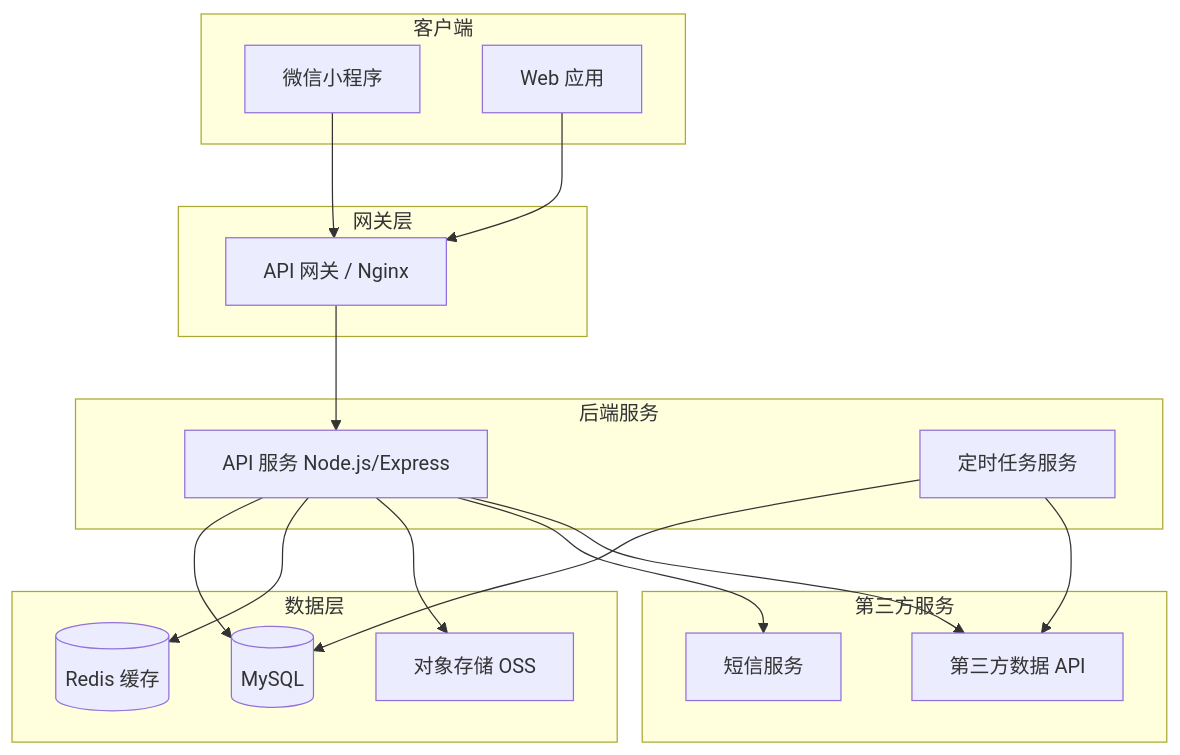
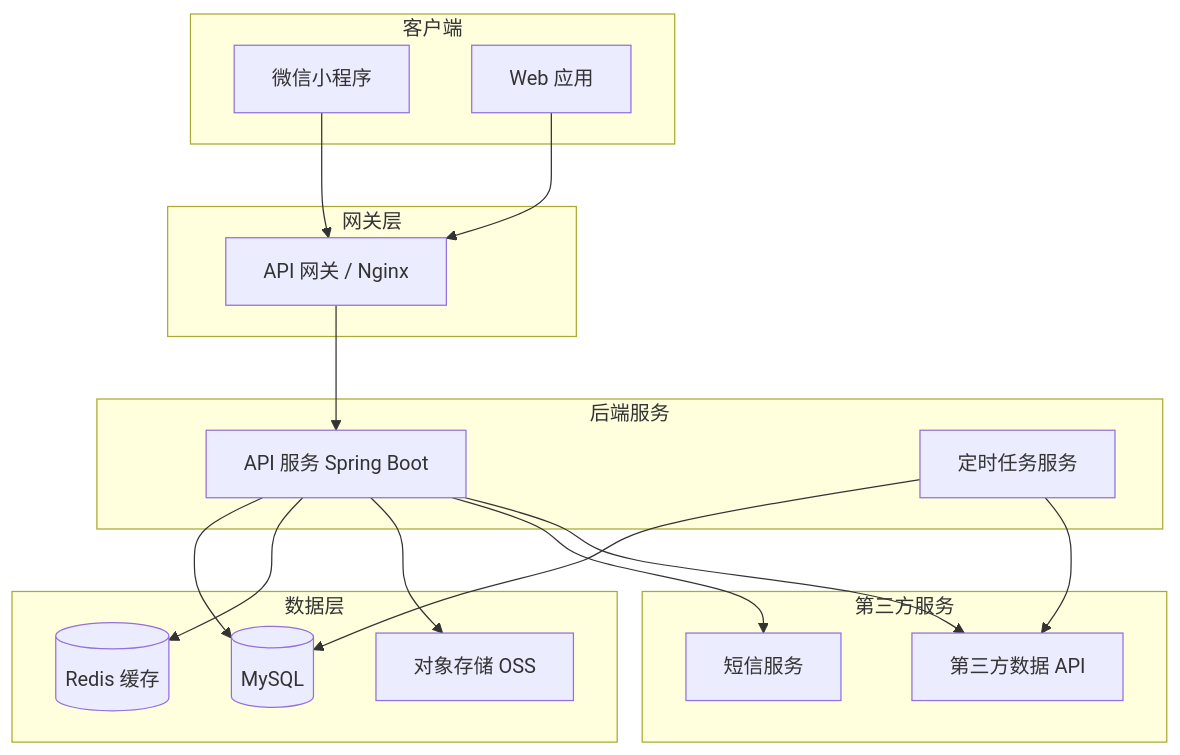
One commit to YUGUO-YU/legal-assistant changed the first of 8 diagrams in .monkeycode/specs/legal-assistant/design.md. Above: the diagram before and after it, drawn with Mermaid. The commit also changed other lines of this file and 3 other files, not shown here.

First line of the commit message:
refactor: 将后端技术栈从 NestJS 调整为 Spring Boot

````diff
--- a/.monkeycode/specs/legal-assistant/design.md
+++ b/.monkeycode/specs/legal-assistant/design.md
@@ -13,38 +13,38 @@
 ```mermaid
 graph TB
     subgraph 客户端
         WX["微信小程序"]
         WEB["Web 应用"]
     end
 
     subgraph 网关层
         GW["API 网关 / Nginx"]
     end
 
     subgraph 后端服务
-        API["API 服务 Node.js/Express"]
+        API["API 服务 Spring Boot"]
         JOB["定时任务服务"]
     end
 
     subgraph 数据层
         DB[("MySQL")]
         REDIS[("Redis 缓存")]
         OSS["对象存储 OSS"]
     end
 
     subgraph 第三方服务
         SMS["短信服务"]
         THIRD["第三方数据 API"]
     end
 
     WX --> GW
     WEB --> GW
     GW --> API
     API --> DB
     API --> REDIS
     API --> OSS
     API --> SMS
     API --> THIRD
     JOB --> DB
     JOB --> THIRD
 ```
````
